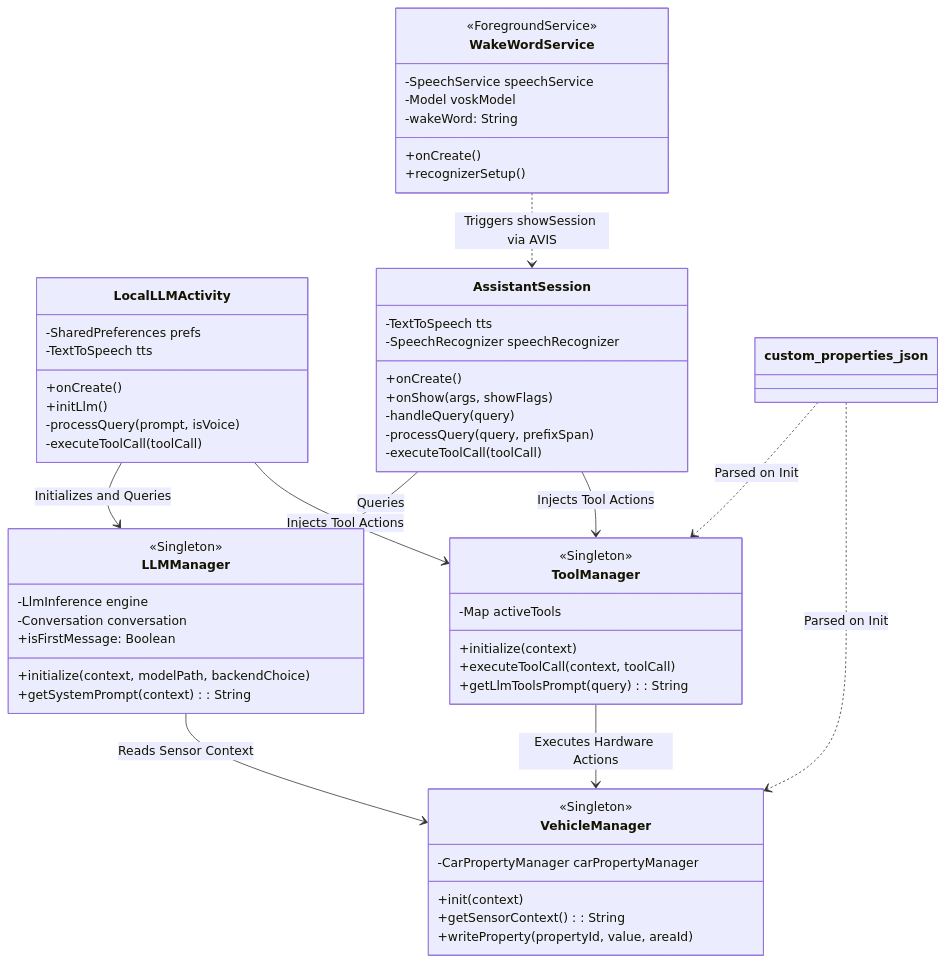
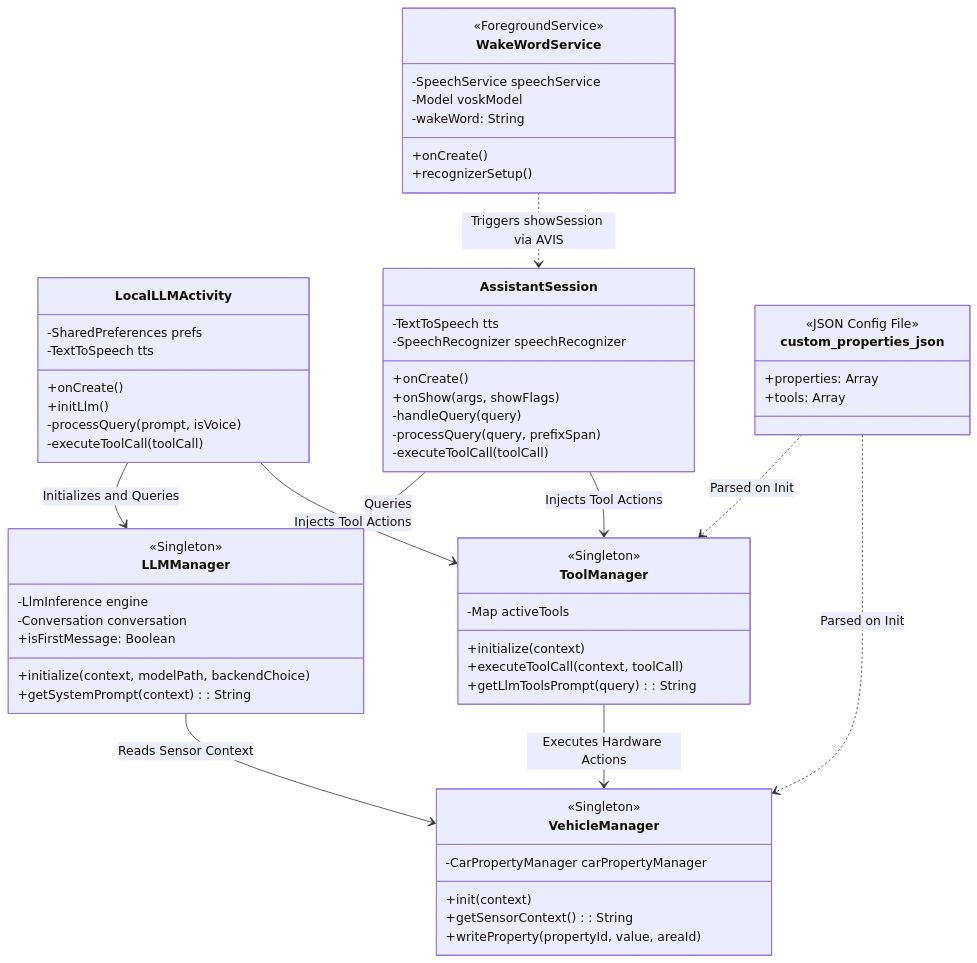
The second of 2 diagrams in ARCHITECTURE.md (hemangpandhi/ai-assistant), drawn with Mermaid before and after one commit. The commit also changed other lines of this file, not shown here.

Commit message:
docs: Ensure 100% completeness in Mermaid diagrams

````diff
--- a/ARCHITECTURE.md
+++ b/ARCHITECTURE.md
@@ -61,68 +62,74 @@
 ```mermaid
 classDiagram
     class LocalLLMActivity {
         -SharedPreferences prefs
         -TextToSpeech tts
         +onCreate()
         +initLlm()
         -processQuery(prompt, isVoice)
         -executeToolCall(toolCall)
     }
 
     class AssistantSession {
         -TextToSpeech tts
         -SpeechRecognizer speechRecognizer
         +onCreate()
         +onShow(args, showFlags)
         -handleQuery(query)
         -processQuery(query, prefixSpan)
         -executeToolCall(toolCall)
     }
 
     class LLMManager {
         <<Singleton>>
         -LlmInference engine
         -Conversation conversation
         +isFirstMessage: Boolean
         +initialize(context, modelPath, backendChoice)
         +getSystemPrompt(context): String
     }
 
     class WakeWordService {
         <<ForegroundService>>
         -SpeechService speechService
         -Model voskModel
         -wakeWord: String
         +onCreate()
         +recognizerSetup()
     }
 
     class ToolManager {
         <<Singleton>>
         -Map activeTools
         +initialize(context)
         +executeToolCall(context, toolCall)
         +getLlmToolsPrompt(query): String
     }
 
     class VehicleManager {
         <<Singleton>>
         -CarPropertyManager carPropertyManager
         +init(context)
         +getSensorContext(): String
         +writeProperty(propertyId, value, areaId)
     }
     
+    class custom_properties_json {
+        <<JSON Config File>>
+        +properties: Array
+        +tools: Array
+    }
+    
     %% Relationships
     LocalLLMActivity --> LLMManager : Initializes and Queries
     AssistantSession --> LLMManager : Queries
     LocalLLMActivity --> ToolManager : Injects Tool Actions
     AssistantSession --> ToolManager : Injects Tool Actions
     ToolManager --> VehicleManager : Executes Hardware Actions
     LLMManager --> VehicleManager : Reads Sensor Context
     WakeWordService ..> AssistantSession : Triggers showSession via AVIS
     
     %% Dynamic Loading
     custom_properties_json ..> ToolManager : Parsed on Init
     custom_properties_json ..> VehicleManager : Parsed on Init
 ```
````
